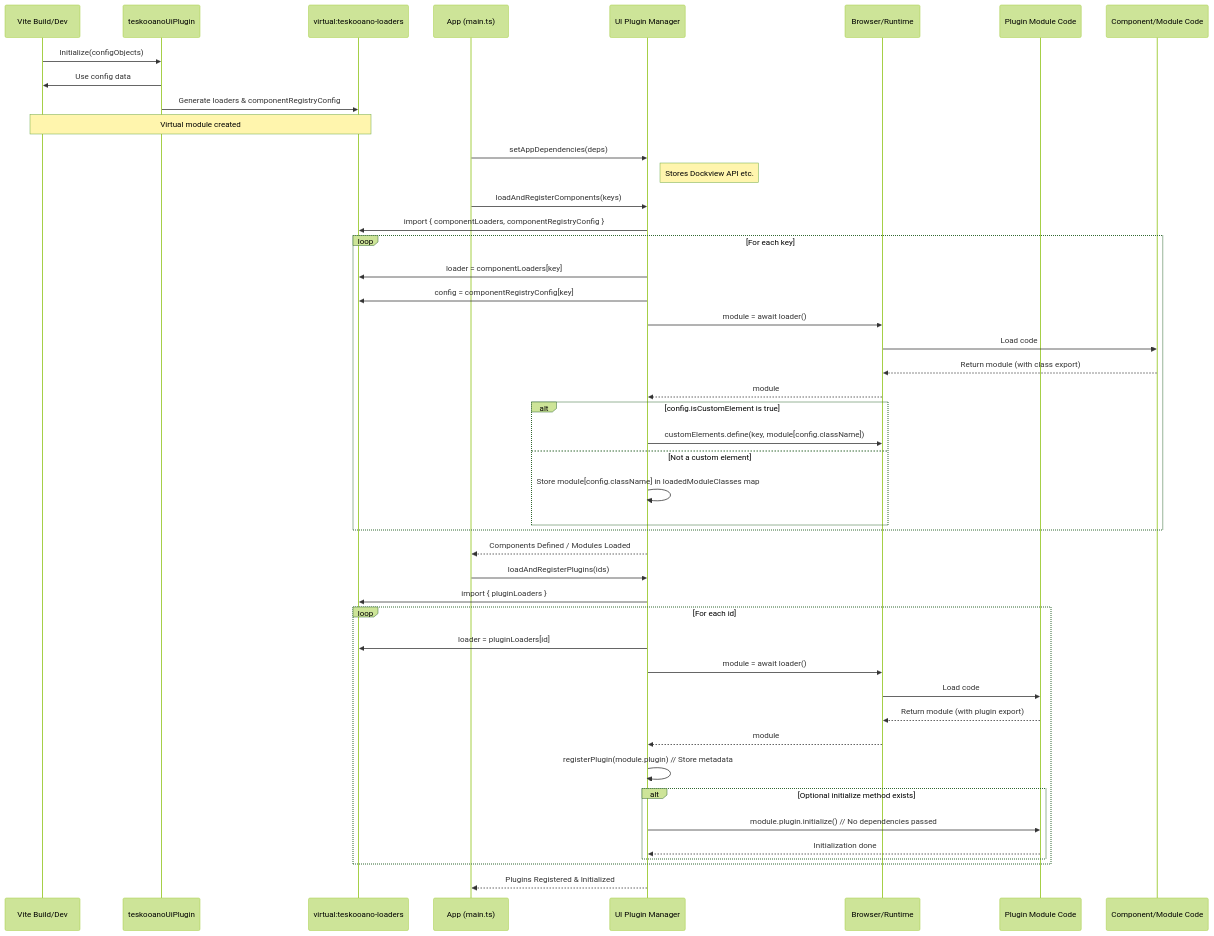
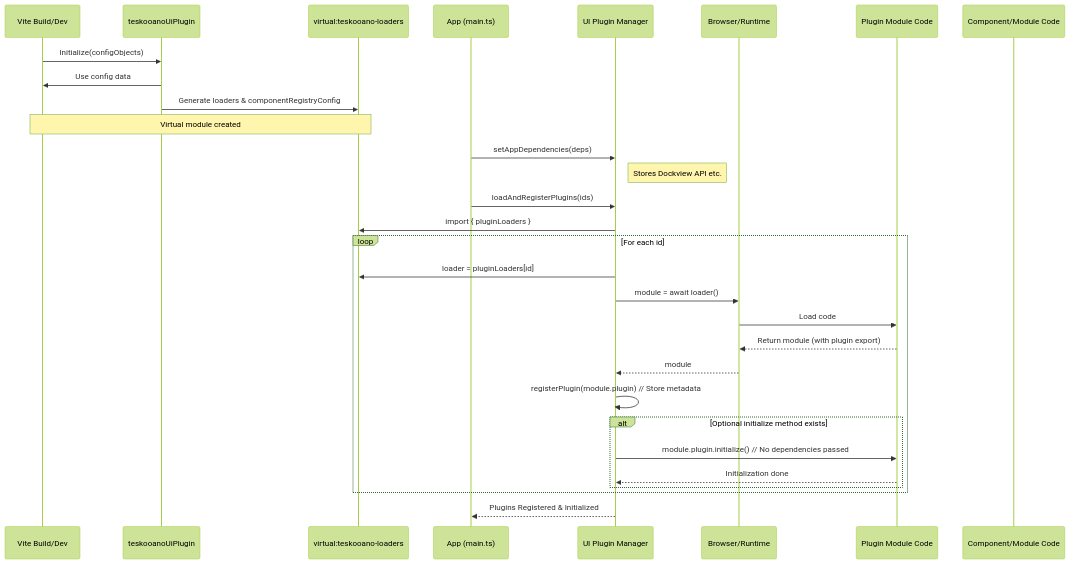
One commit to tanepiper/teskooano changed the diagram in packages/app/ui-plugin/ARCHITECTURE.md. Above: the diagram before and after it, drawn with Mermaid (forest theme). The commit also changed other lines of this file and 3 other files, not shown here.

First line of the commit message:
docs(ui-plugin): update README and ARCHITECTURE for singleton manager

````diff
--- a/packages/app/ui-plugin/ARCHITECTURE.md
+++ b/packages/app/ui-plugin/ARCHITECTURE.md
@@ -53,53 +62,36 @@
 ```mermaid
 sequenceDiagram
     participant ViteBuild as Vite Build/Dev
     participant TeskooanoPlugin as teskooanoUiPlugin
     participant VirtualModule as virtual:teskooano-loaders
     participant AppMain as App (main.ts)
     participant PluginManager as UI Plugin Manager
     participant Browser as Browser/Runtime
     participant PluginModule as Plugin Module Code
     participant ComponentModule as Component/Module Code
 
     ViteBuild->>TeskooanoPlugin: Initialize(configObjects)
     TeskooanoPlugin->>ViteBuild: Use config data
     TeskooanoPlugin->>VirtualModule: Generate loaders & componentRegistryConfig
     Note over ViteBuild, VirtualModule: Virtual module created
 
     AppMain->>PluginManager: setAppDependencies(deps)
     Note right of PluginManager: Stores Dockview API etc.
 
-    AppMain->>PluginManager: loadAndRegisterComponents(keys)
-    PluginManager->>VirtualModule: import { componentLoaders, componentRegistryConfig }
-    loop For each key
-        PluginManager->>VirtualModule: loader = componentLoaders[key]
-        PluginManager->>VirtualModule: config = componentRegistryConfig[key]
-        PluginManager->>Browser: module = await loader()
-        Browser->>ComponentModule: Load code
-        ComponentModule-->>Browser: Return module (with class export)
-        Browser-->>PluginManager: module
-        alt config.isCustomElement is true
-             PluginManager->>Browser: customElements.define(key, module[config.className])
-        else Not a custom element
-             PluginManager->>PluginManager: Store module[config.className] in loadedModuleClasses map
-        end
-    end
-    PluginManager-->>AppMain: Components Defined / Modules Loaded
-
     AppMain->>PluginManager: loadAndRegisterPlugins(ids)
     PluginManager->>VirtualModule: import { pluginLoaders }
     loop For each id
         PluginManager->>VirtualModule: loader = pluginLoaders[id]
         PluginManager->>Browser: module = await loader()
         Browser->>PluginModule: Load code
         PluginModule-->>Browser: Return module (with plugin export)
         Browser-->>PluginManager: module
         PluginManager->>PluginManager: registerPlugin(module.plugin) // Store metadata
         alt Optional initialize method exists
             PluginManager->>PluginModule: module.plugin.initialize() // No dependencies passed
             PluginModule-->>PluginManager: Initialization done
         end
     end
     PluginManager-->>AppMain: Plugins Registered & Initialized
 
 ```
````
